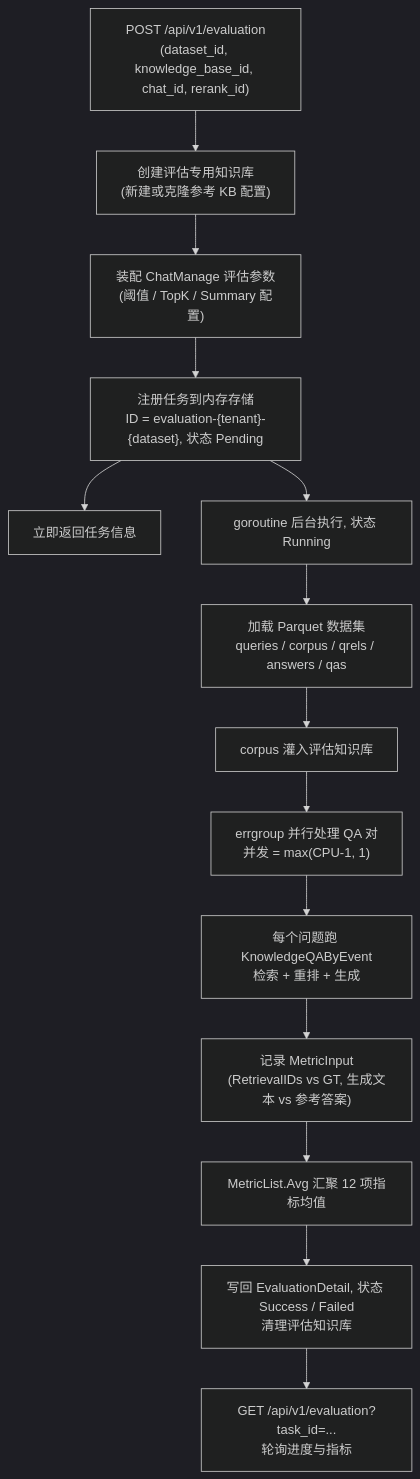
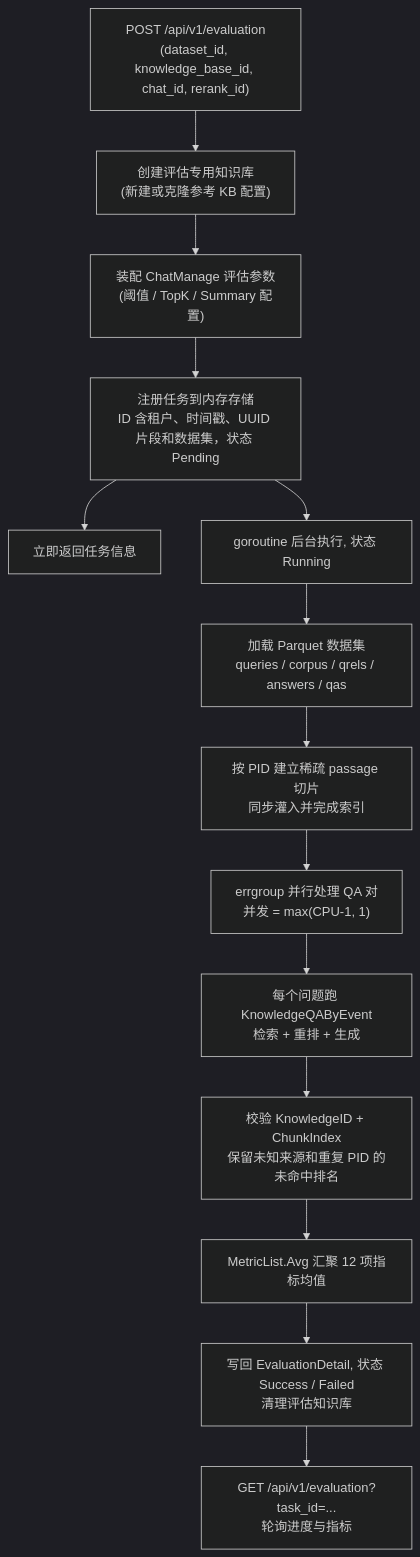
Before and after one commit to Tencent/WeKnora: the diagram in website-docs/03-features/15-evaluation.md, drawn with Mermaid (dark theme). The commit also changed other lines of this file and 5 other files, not shown here.

Commit message:
fix(evaluation): preserve retrieval provenance

````diff
--- a/website-docs/03-features/15-evaluation.md
+++ b/website-docs/03-features/15-evaluation.md
@@ -120,16 +126,16 @@
 ```mermaid
 flowchart TD
     A["POST /api/v1/evaluation<br/>(dataset_id, knowledge_base_id, chat_id, rerank_id)"] --> B["创建评估专用知识库<br/>(新建或克隆参考 KB 配置)"]
     B --> C["装配 ChatManage 评估参数<br/>(阈值 / TopK / Summary 配置)"]
-    C --> D["注册任务到内存存储<br/>ID = evaluation-{tenant}-{dataset}, 状态 Pending"]
+    C --> D["注册任务到内存存储<br/>ID 含租户、时间戳、UUID 片段和数据集，状态 Pending"]
     D --> E["立即返回任务信息"]
     D --> F["goroutine 后台执行, 状态 Running"]
     F --> G["加载 Parquet 数据集<br/>queries / corpus / qrels / answers / qas"]
-    G --> H["corpus 灌入评估知识库"]
+    G --> H["按 PID 建立稀疏 passage 切片<br/>同步灌入并完成索引"]
     H --> I["errgroup 并行处理 QA 对<br/>并发 = max(CPU-1, 1)"]
     I --> J["每个问题跑 KnowledgeQAByEvent<br/>检索 + 重排 + 生成"]
-    J --> K["记录 MetricInput<br/>(RetrievalIDs vs GT, 生成文本 vs 参考答案)"]
+    J --> K["校验 KnowledgeID + ChunkIndex<br/>保留未知来源和重复 PID 的未命中排名"]
     K --> L["MetricList.Avg 汇聚 12 项指标均值"]
     L --> M["写回 EvaluationDetail, 状态 Success / Failed<br/>清理评估知识库"]
     M --> N["GET /api/v1/evaluation?task_id=...<br/>轮询进度与指标"]
 ```
````
